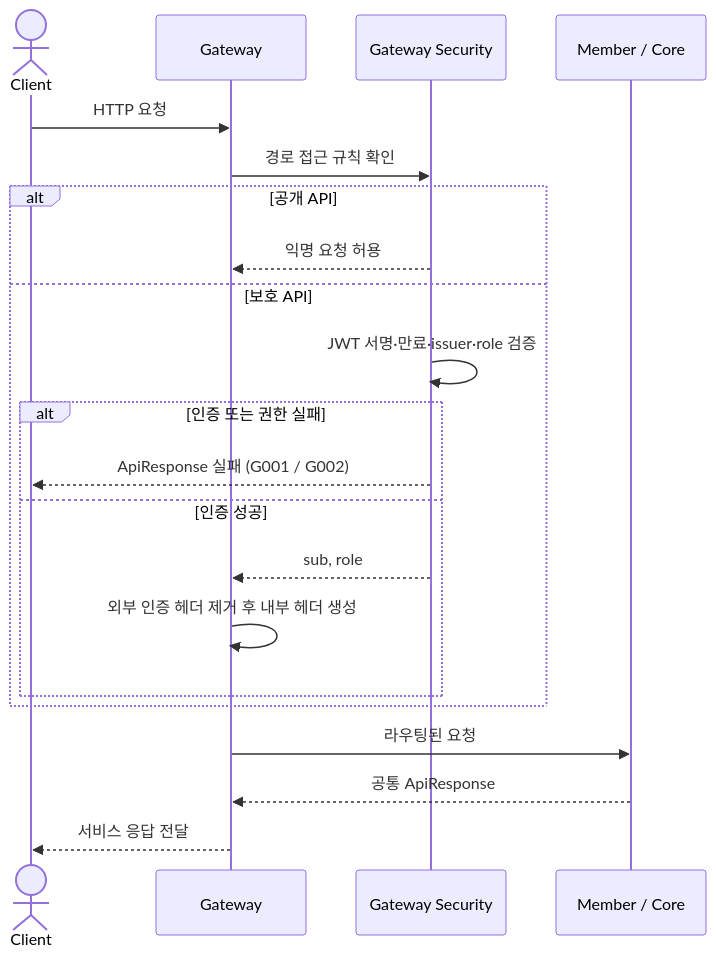
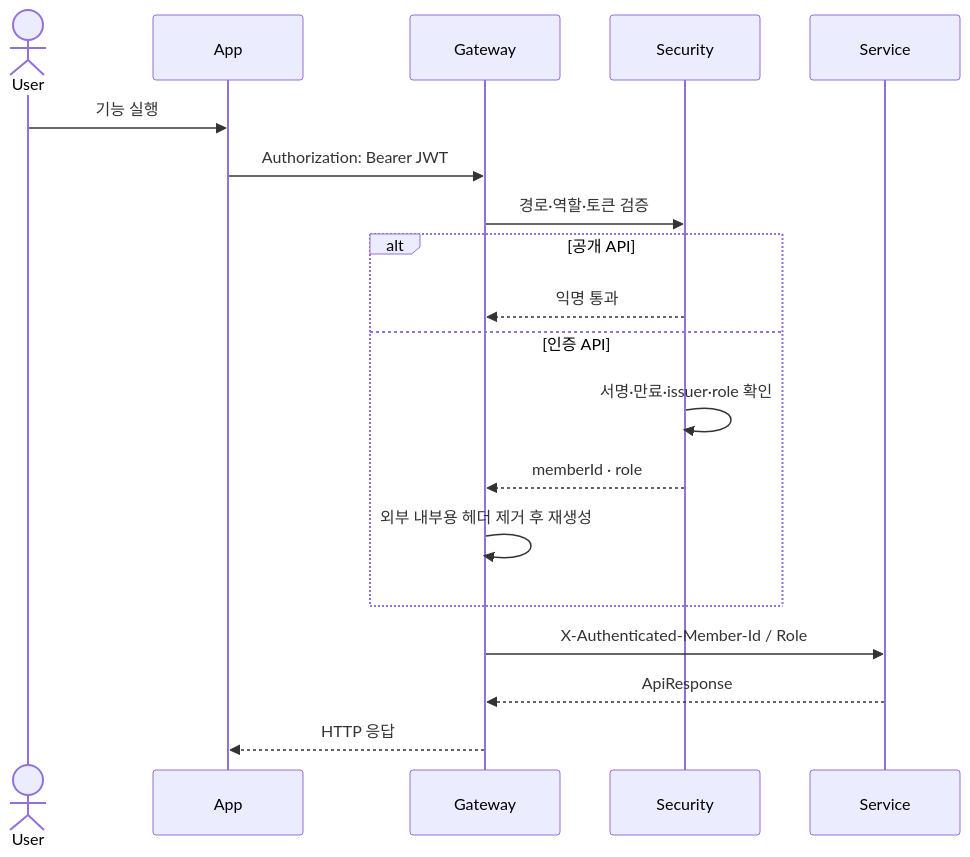
The second of 5 diagrams in docs/architecture.md (prgrms-be-adv-devcourse/beadv7_7_Congcongpodpod_BE), drawn with Mermaid before and after one commit. The commit also changed other lines of this file and 99 other files, not shown here.

````diff
--- a/docs/architecture.md
+++ b/docs/architecture.md
@@ -43,24 +65,22 @@
 ```mermaid
 sequenceDiagram
-    actor Client
+    actor User
+    participant App
     participant Gateway
-    participant Security as Gateway Security
-    participant Service as Member / Core
+    participant Security
+    participant Service
 
-    Client->>Gateway: HTTP 요청
-    Gateway->>Security: 경로 접근 규칙 확인
+    User->>App: 기능 실행
+    App->>Gateway: Authorization: Bearer JWT
+    Gateway->>Security: 경로·역할·토큰 검증
     alt 공개 API
-        Security-->>Gateway: 익명 요청 허용
-    else 보호 API
-        Security->>Security: JWT 서명·만료·issuer·role 검증
-        alt 인증 또는 권한 실패
-            Security-->>Client: ApiResponse 실패 (G001 / G002)
-        else 인증 성공
-            Security-->>Gateway: sub, role
-            Gateway->>Gateway: 외부 인증 헤더 제거 후 내부 헤더 생성
-        end
+        Security-->>Gateway: 익명 통과
+    else 인증 API
+        Security->>Security: 서명·만료·issuer·role 확인
+        Security-->>Gateway: memberId · role
+        Gateway->>Gateway: 외부 내부용 헤더 제거 후 재생성
     end
-    Gateway->>Service: 라우팅된 요청
-    Service-->>Gateway: 공통 ApiResponse
-    Gateway-->>Client: 서비스 응답 전달
+    Gateway->>Service: X-Authenticated-Member-Id / Role
+    Service-->>Gateway: ApiResponse
+    Gateway-->>App: HTTP 응답
 ```
````
